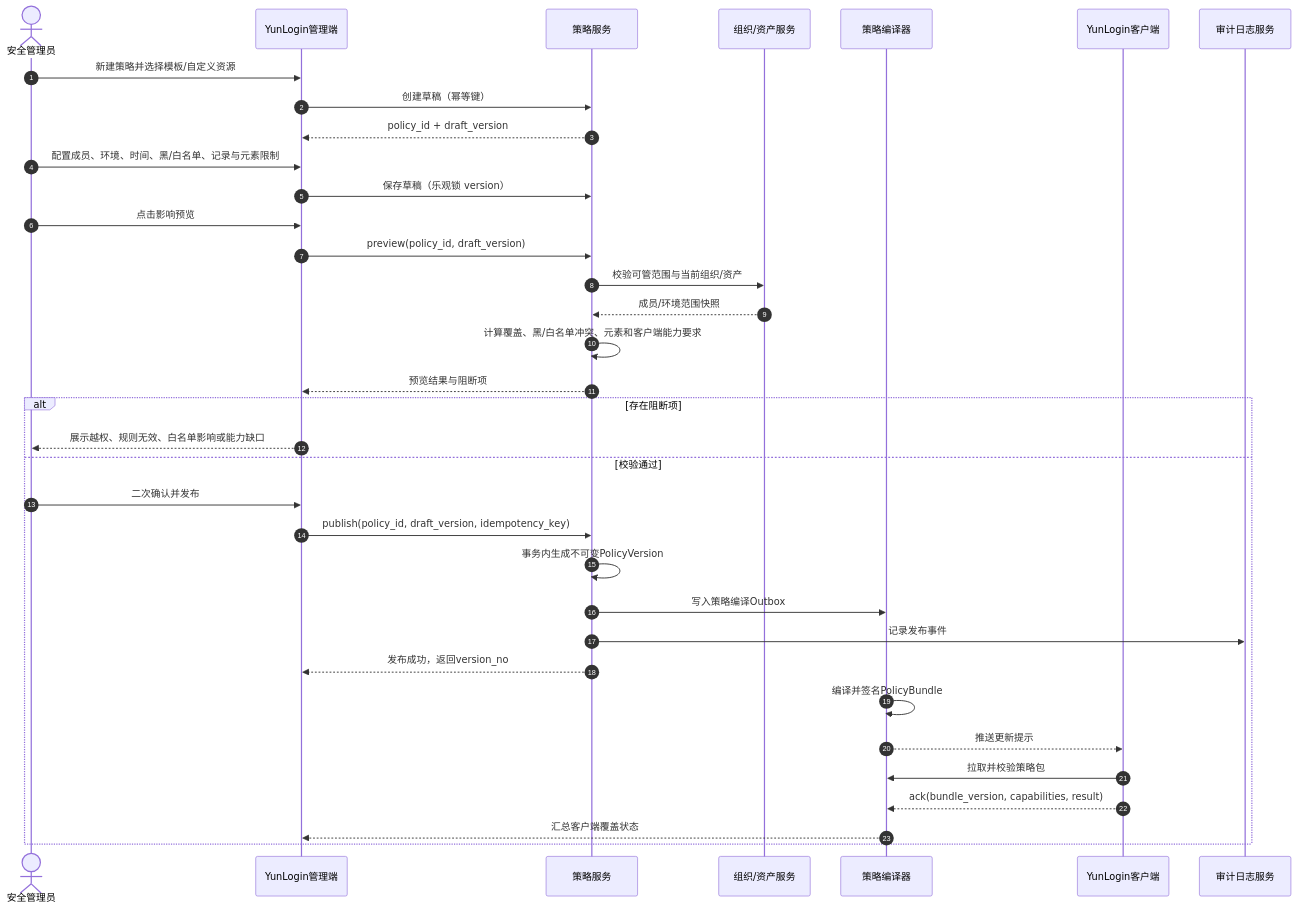
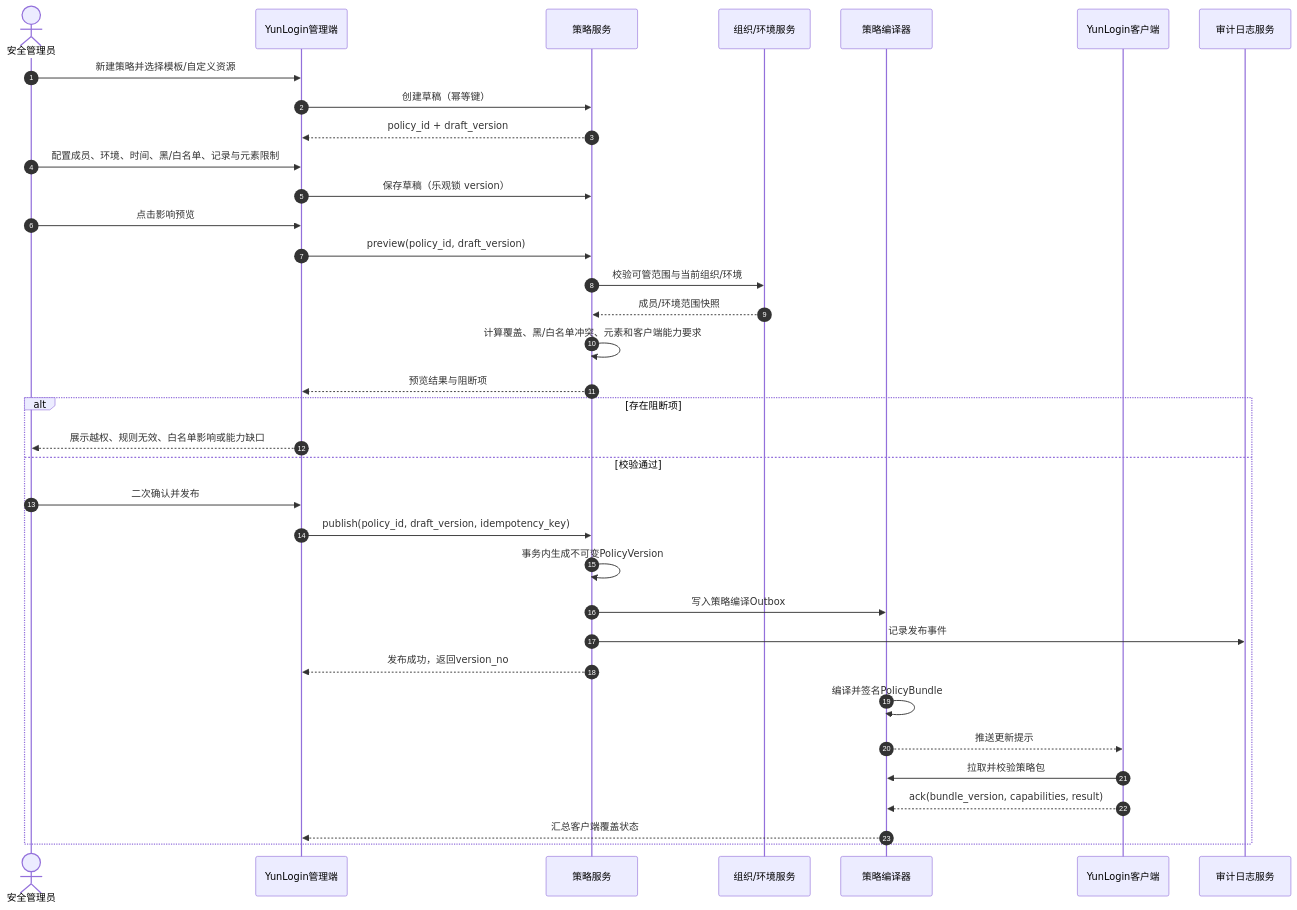
One commit to muze0123/yundeng-web changed the second of 8 diagrams in PRD/安全策略/03-YunLogin安全策略业务流程.md. Above: the diagram before and after it, drawn with Mermaid. The commit also changed other lines of this file and 43 other files, not shown here.

Commit message:
新增临时存储图片和更新 AGENTS.md、claude.md、design.md 文件内容

````diff
--- a/PRD/安全策略/03-YunLogin安全策略业务流程.md
+++ b/PRD/安全策略/03-YunLogin安全策略业务流程.md
@@ -99,38 +99,38 @@
 ```mermaid
 sequenceDiagram
     autonumber
     actor Admin as 安全管理员
     participant UI as YunLogin管理端
     participant Policy as 策略服务
-    participant Org as 组织/资产服务
+    participant Org as 组织/环境服务
     participant Compiler as 策略编译器
     participant Client as YunLogin客户端
     participant Log as 审计日志服务
 
     Admin->>UI: 新建策略并选择模板/自定义资源
     UI->>Policy: 创建草稿（幂等键）
     Policy-->>UI: policy_id + draft_version
     Admin->>UI: 配置成员、环境、时间、黑/白名单、记录与元素限制
     UI->>Policy: 保存草稿（乐观锁 version）
     Admin->>UI: 点击影响预览
     UI->>Policy: preview(policy_id, draft_version)
-    Policy->>Org: 校验可管范围与当前组织/资产
+    Policy->>Org: 校验可管范围与当前组织/环境
     Org-->>Policy: 成员/环境范围快照
     Policy->>Policy: 计算覆盖、黑/白名单冲突、元素和客户端能力要求
     Policy-->>UI: 预览结果与阻断项
     alt 存在阻断项
         UI-->>Admin: 展示越权、规则无效、白名单影响或能力缺口
     else 校验通过
         Admin->>UI: 二次确认并发布
         UI->>Policy: publish(policy_id, draft_version, idempotency_key)
         Policy->>Policy: 事务内生成不可变PolicyVersion
         Policy->>Compiler: 写入策略编译Outbox
         Policy->>Log: 记录发布事件
         Policy-->>UI: 发布成功，返回version_no
         Compiler->>Compiler: 编译并签名PolicyBundle
         Compiler-->>Client: 推送更新提示
         Client->>Compiler: 拉取并校验策略包
         Client-->>Compiler: ack(bundle_version, capabilities, result)
         Compiler-->>UI: 汇总客户端覆盖状态
     end
 ```
````
